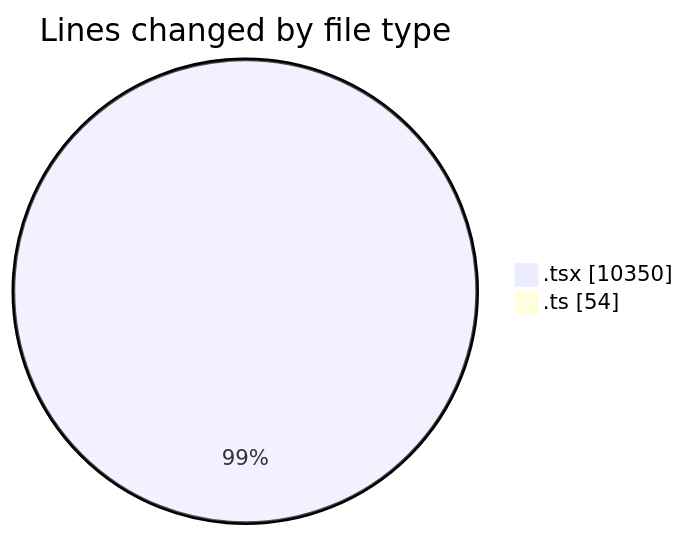
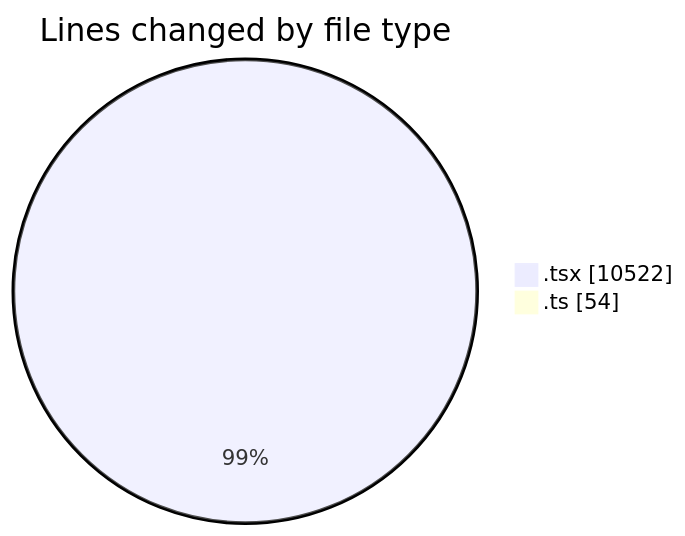
Before and after one commit to nxtqubesakshisongat/code-tracking: the first of 2 diagrams in 2026-03-05/nxtqube_webapp/README.md, drawn with Mermaid. The commit also changed other lines of this file and 1 other file, not shown here.

````diff
--- a/2026-03-05/nxtqube_webapp/README.md
+++ b/2026-03-05/nxtqube_webapp/README.md
@@ -34,6 +34,6 @@
 ```mermaid
 pie showData
 title Lines changed by file type
-".tsx" : 10350
+".tsx" : 10522
 ".ts" : 54
 ```
````
